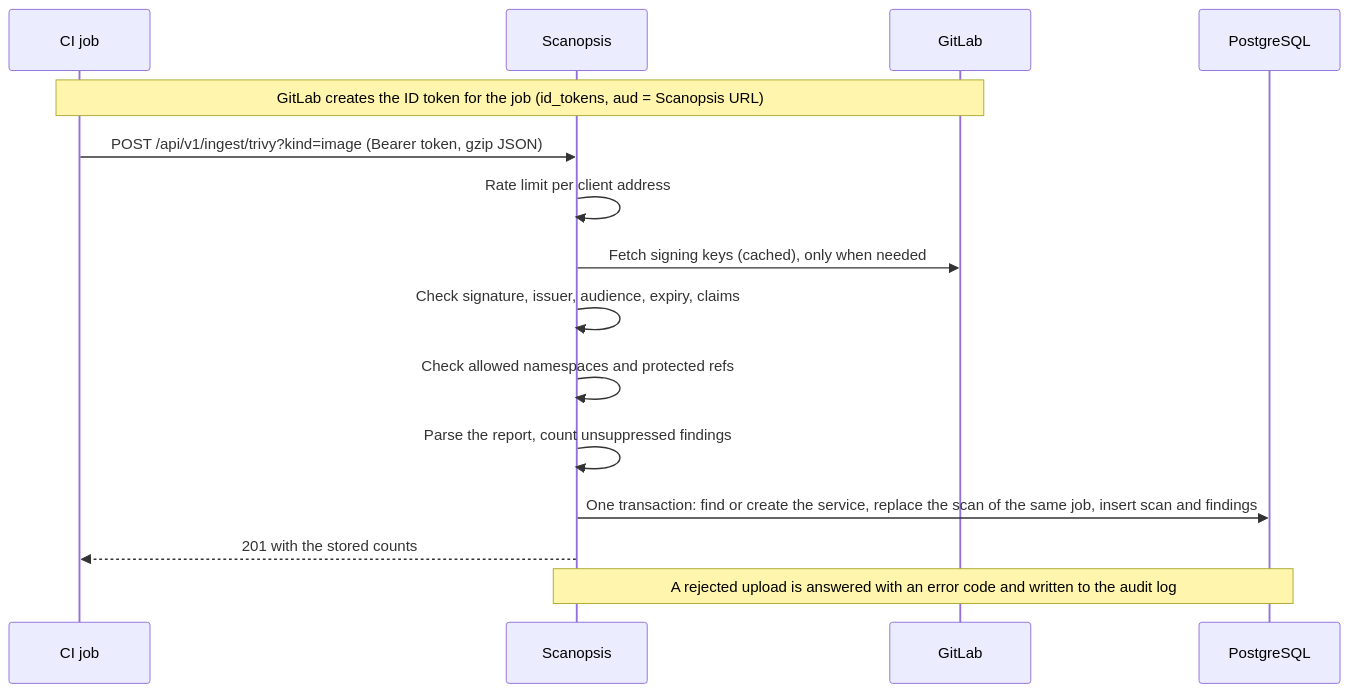
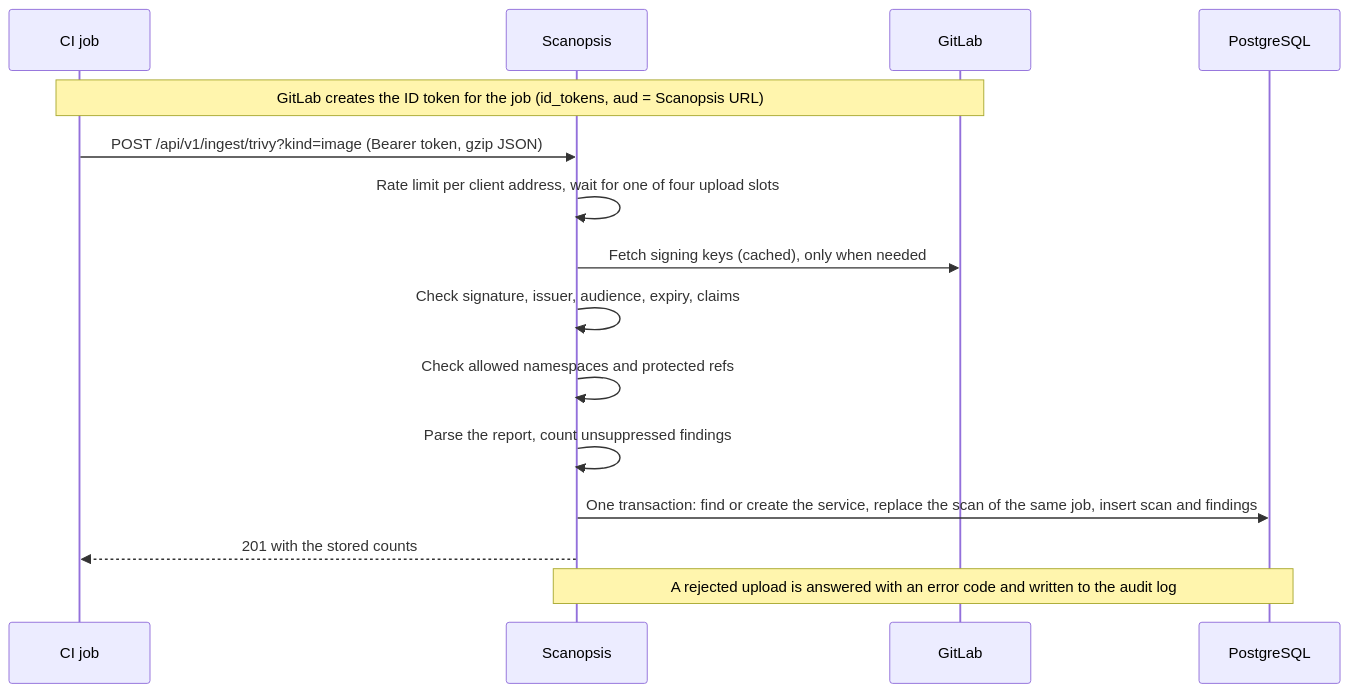
The third of 5 diagrams in docs/architecture.md (siyamsarker/scanopsis), drawn with Mermaid before and after one commit. The commit also changed other lines of this file, not shown here.

First line of the commit message:
docs: update the architecture for the session token change and upload slots

````diff
--- a/docs/architecture.md
+++ b/docs/architecture.md
@@ -90,17 +92,17 @@
 ```mermaid
 sequenceDiagram
     participant J as CI job
     participant S as Scanopsis
     participant G as GitLab
     participant D as PostgreSQL
     Note over J,G: GitLab creates the ID token for the job (id_tokens, aud = Scanopsis URL)
     J->>S: POST /api/v1/ingest/trivy?kind=image (Bearer token, gzip JSON)
-    S->>S: Rate limit per client address
+    S->>S: Rate limit per client address, wait for one of four upload slots
     S->>G: Fetch signing keys (cached), only when needed
     S->>S: Check signature, issuer, audience, expiry, claims
     S->>S: Check allowed namespaces and protected refs
     S->>S: Parse the report, count unsuppressed findings
     S->>D: One transaction: find or create the service, replace the scan of the same job, insert scan and findings
     S-->>J: 201 with the stored counts
     Note over S,D: A rejected upload is answered with an error code and written to the audit log
 ```
````
